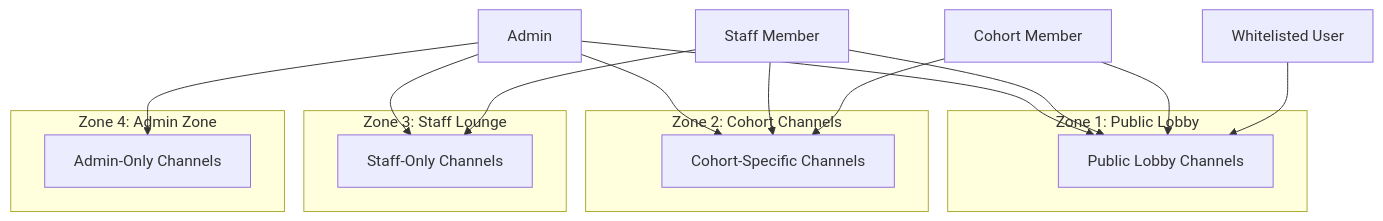
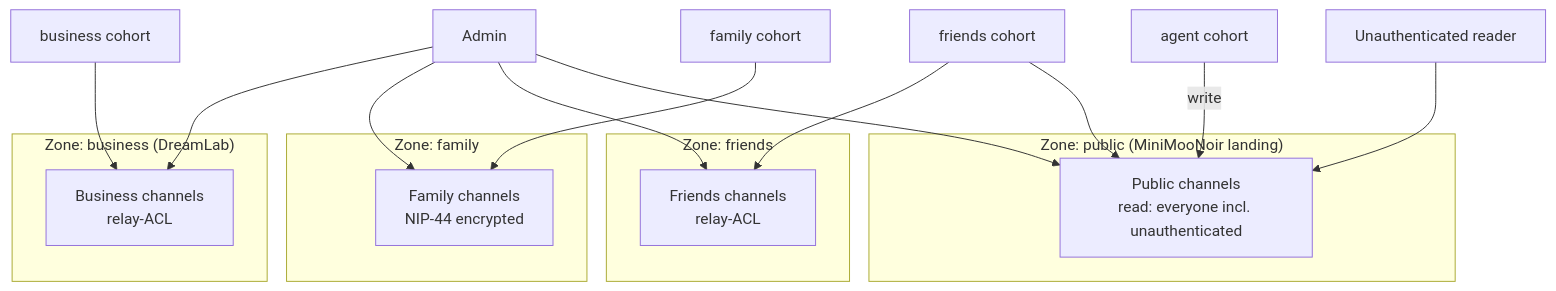
One commit to DreamLab-AI/dreamlab-ai-website changed the third of 3 diagrams in docs/security/SECURITY_OVERVIEW.md. Above: the diagram before and after it, drawn with Mermaid. The commit also changed other lines of this file and 25 other files, not shown here.

First line of the commit message:
docs(diagrams): verify mermaid diagrams against deployed code; refresh pins, label aspirational flows and known gaps

````diff
--- a/docs/security/SECURITY_OVERVIEW.md
+++ b/docs/security/SECURITY_OVERVIEW.md
@@ -142,29 +142,29 @@
 ```mermaid
 graph TB
-    subgraph "Zone 1: Public Lobby"
-        PL[Public Lobby Channels]
+    subgraph "Zone: public (MiniMooNoir landing)"
+        PL["Public channels<br/>read: everyone incl. unauthenticated"]
     end
 
-    subgraph "Zone 2: Cohort Channels"
-        CC[Cohort-Specific Channels]
+    subgraph "Zone: friends"
+        FR["Friends channels<br/>relay-ACL"]
     end
 
-    subgraph "Zone 3: Staff Lounge"
-        SL[Staff-Only Channels]
+    subgraph "Zone: family"
+        FA["Family channels<br/>NIP-44 encrypted"]
     end
 
-    subgraph "Zone 4: Admin Zone"
-        AZ[Admin-Only Channels]
+    subgraph "Zone: business (DreamLab)"
+        BU["Business channels<br/>relay-ACL"]
     end
 
-    USER_PUBLIC[Whitelisted User] --> PL
-    USER_COHORT[Cohort Member] --> PL
-    USER_COHORT --> CC
-    USER_STAFF[Staff Member] --> PL
-    USER_STAFF --> CC
-    USER_STAFF --> SL
+    ANON[Unauthenticated reader] --> PL
+    USER_FR[friends cohort] --> PL
+    USER_FR --> FR
+    USER_FA[family cohort] --> FA
+    USER_BU[business cohort] --> BU
+    USER_AG[agent cohort] -- write --> PL
     USER_ADMIN[Admin] --> PL
-    USER_ADMIN --> CC
-    USER_ADMIN --> SL
-    USER_ADMIN --> AZ
+    USER_ADMIN --> FR
+    USER_ADMIN --> FA
+    USER_ADMIN --> BU
 ```
````
